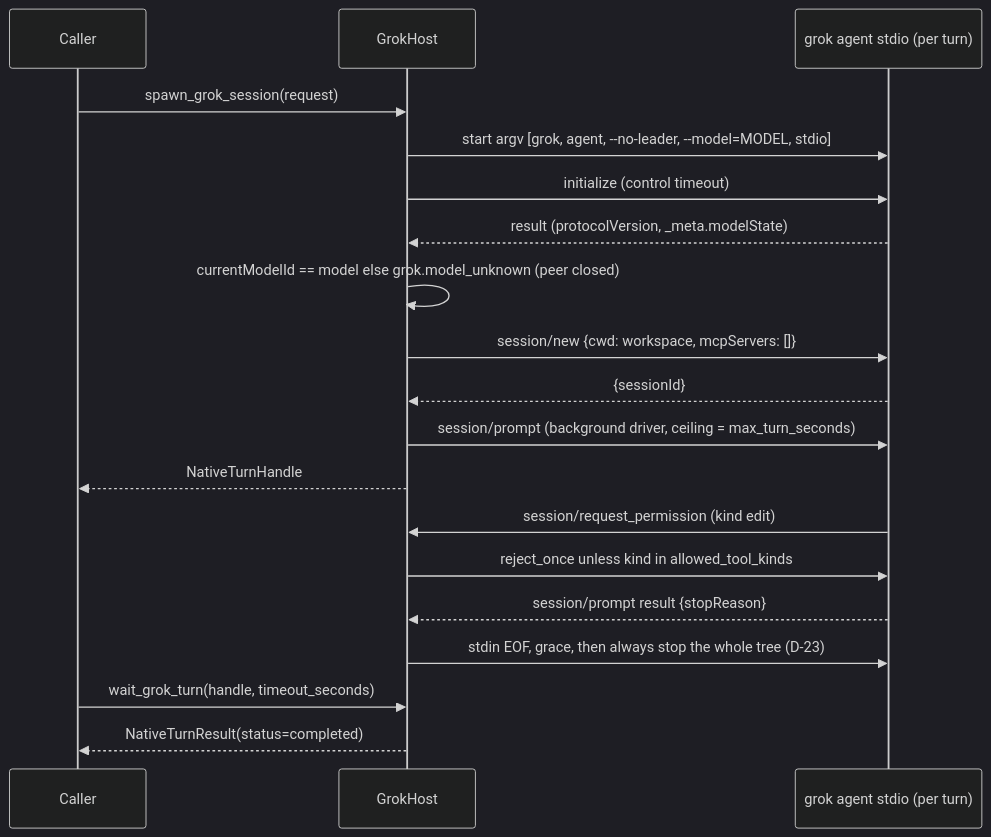
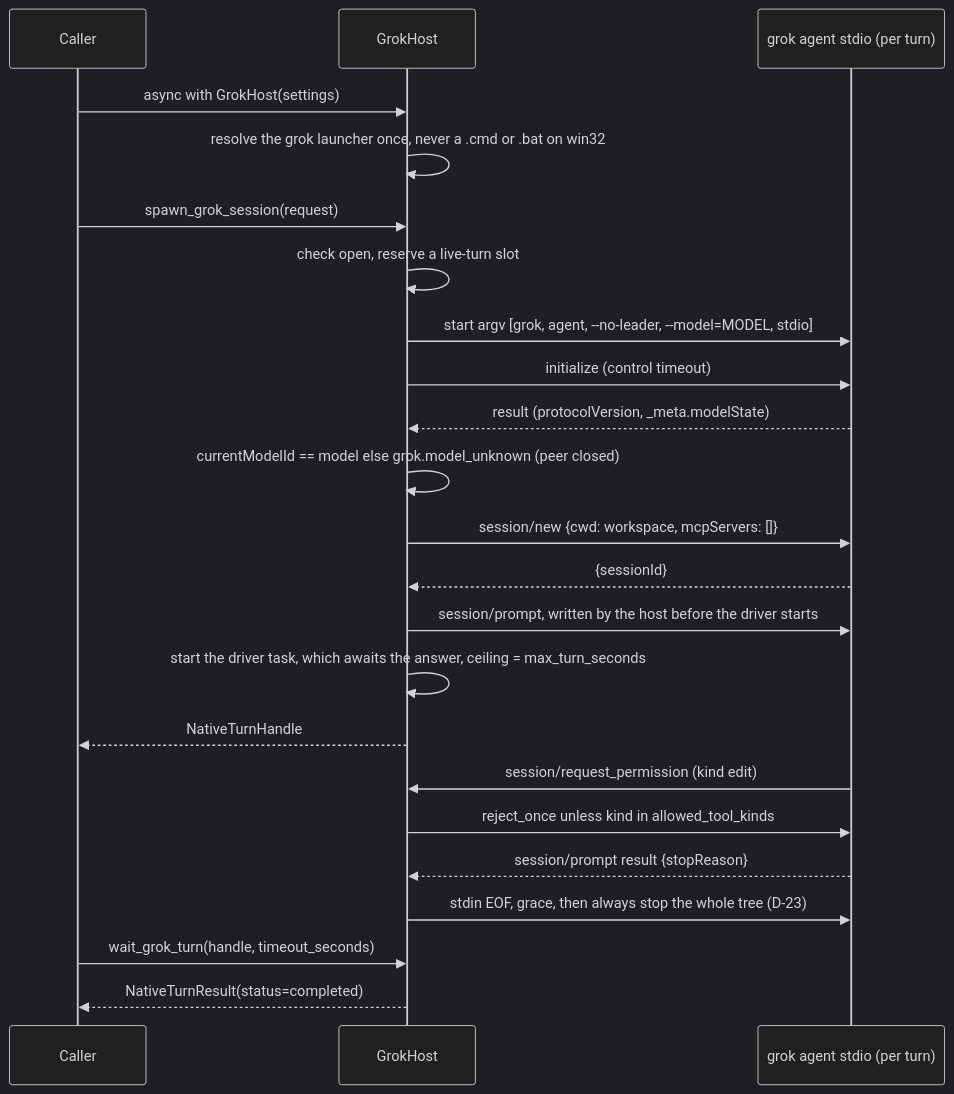
The second of 2 diagrams in docs/spec/native-grok-opencode-meta-hosts/spec.md (cerredz/Vidbyte-SDK), drawn with Mermaid (dark theme) before and after one commit. The commit also changed other lines of this file and 1 other file, not shown here.

First line of the commit message:
docs(spec): finalize native-grok-opencode-meta-hosts for PR

````diff
--- a/docs/spec/native-grok-opencode-meta-hosts/spec.md
+++ b/docs/spec/native-grok-opencode-meta-hosts/spec.md
@@ -164,21 +164,25 @@
 ```mermaid
 sequenceDiagram
   participant C as Caller
   participant H as GrokHost
   participant P as grok agent stdio (per turn)
+  C->>H: async with GrokHost(settings)
+  H->>H: resolve the grok launcher once, never a .cmd or .bat on win32
   C->>H: spawn_grok_session(request)
+  H->>H: check open, reserve a live-turn slot
   H->>P: start argv [grok, agent, --no-leader, --model=MODEL, stdio]
   H->>P: initialize (control timeout)
   P-->>H: result (protocolVersion, _meta.modelState)
   H->>H: currentModelId == model else grok.model_unknown (peer closed)
   H->>P: session/new {cwd: workspace, mcpServers: []}
   P-->>H: {sessionId}
-  H->>P: session/prompt (background driver, ceiling = max_turn_seconds)
+  H->>P: session/prompt, written by the host before the driver starts
+  H->>H: start the driver task, which awaits the answer, ceiling = max_turn_seconds
   H-->>C: NativeTurnHandle
   P->>H: session/request_permission (kind edit)
   H->>P: reject_once unless kind in allowed_tool_kinds
   P-->>H: session/prompt result {stopReason}
   H->>P: stdin EOF, grace, then always stop the whole tree (D-23)
   C->>H: wait_grok_turn(handle, timeout_seconds)
   H-->>C: NativeTurnResult(status=completed)
 ```
````
